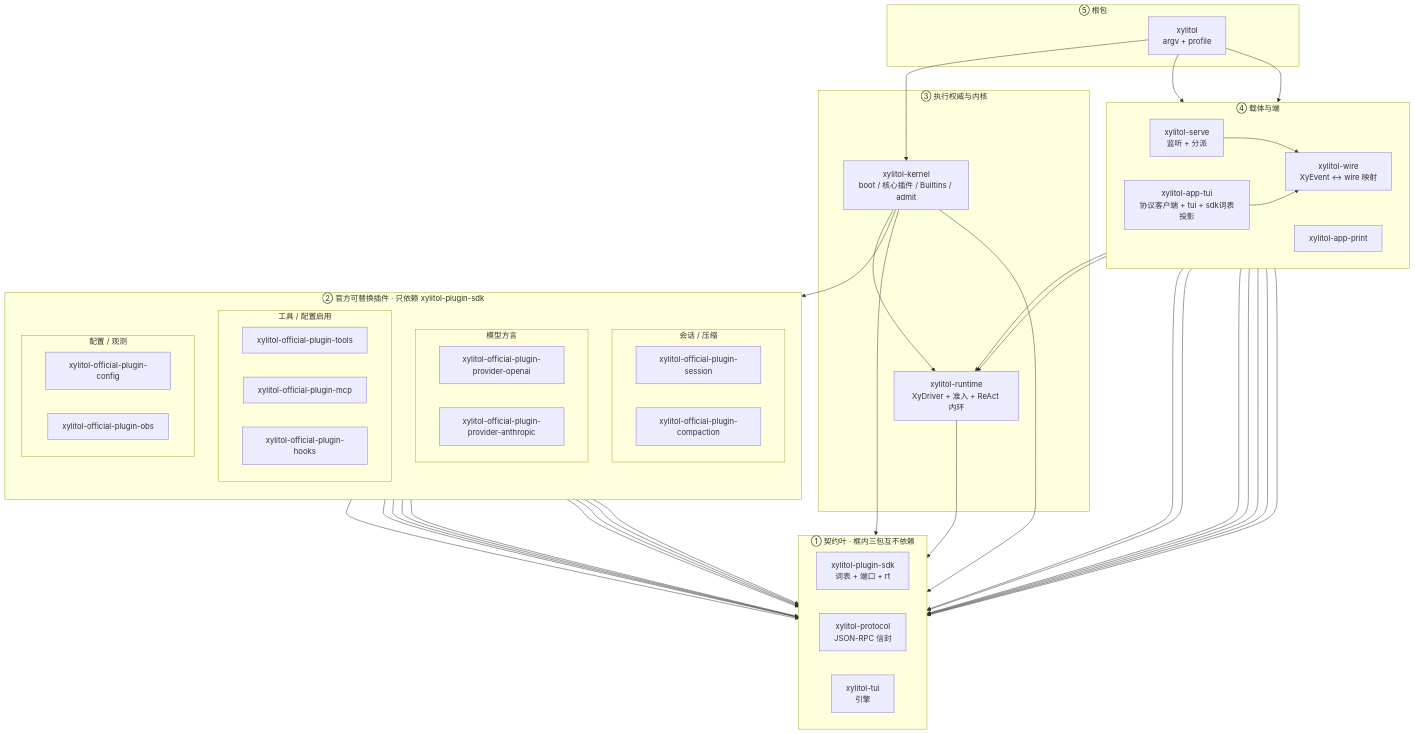
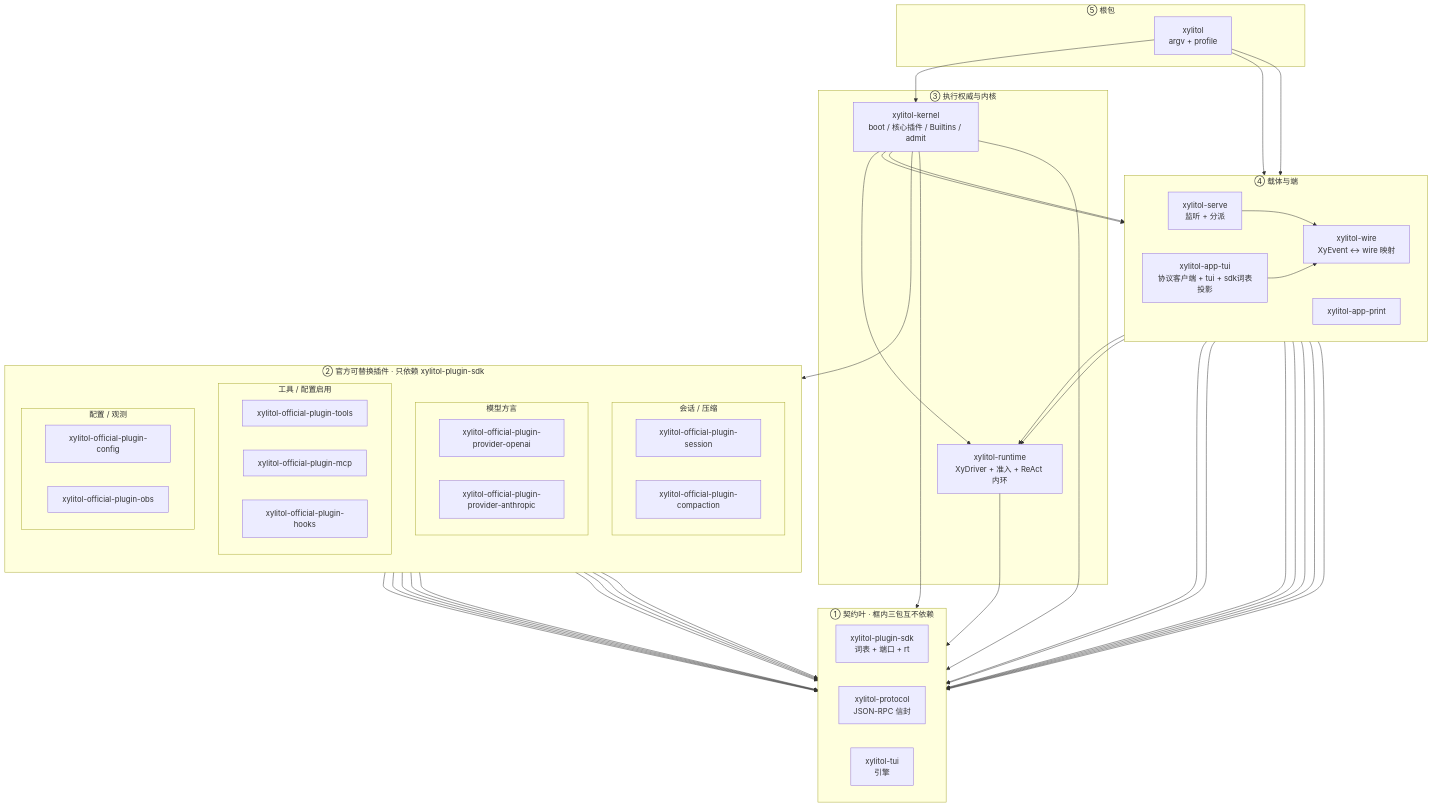
Before and after one commit to StrayDragon/xylitol: the diagram in src/AGENTS.md, drawn with Mermaid. The commit also changed 17 other files, not shown here.

````diff
--- a/src/AGENTS.md
+++ b/src/AGENTS.md
@@ -21,80 +21,82 @@
 ```mermaid
 flowchart TB
   subgraph contracts["① 契约叶 · 框内三包互不依赖"]
     direction LR
     xylitol_plugin_sdk["xylitol-plugin-sdk<br/>词表 + 端口 + rt"]
     xylitol_protocol["xylitol-protocol<br/>JSON-RPC 信封"]
     xylitol_tui["xylitol-tui<br/>引擎"]
   end
 
   subgraph plugins["② 官方可替换插件 · 只依赖 xylitol-plugin-sdk"]
     direction TB
     subgraph plugins_loop["会话 / 压缩"]
       direction LR
       xylitol_official_plugin_session["xylitol-official-plugin-session"]
       xylitol_official_plugin_compaction["xylitol-official-plugin-compaction"]
     end
     subgraph plugins_model["模型方言"]
       direction LR
       xylitol_official_plugin_provider_openai["xylitol-official-plugin-provider-openai"]
       xylitol_official_plugin_provider_anthropic["xylitol-official-plugin-provider-anthropic"]
     end
     subgraph plugins_ext["工具 / 配置启用"]
       direction LR
       xylitol_official_plugin_tools["xylitol-official-plugin-tools"]
       xylitol_official_plugin_mcp["xylitol-official-plugin-mcp"]
       xylitol_official_plugin_hooks["xylitol-official-plugin-hooks"]
     end
     subgraph plugins_host["配置 / 观测"]
       direction LR
       xylitol_official_plugin_config["xylitol-official-plugin-config"]
       xylitol_official_plugin_obs["xylitol-official-plugin-obs"]
     end
   end
 
   subgraph exec["③ 执行权威与内核"]
     xylitol_runtime["xylitol-runtime<br/>XyDriver + 准入 + ReAct 内环"]
     xylitol_kernel["xylitol-kernel<br/>boot / 核心插件 / Builtins / admit"]
   end
 
   subgraph surfaces["④ 载体与端"]
     direction LR
     xylitol_wire["xylitol-wire<br/>XyEvent ↔ wire 映射"]
     xylitol_serve["xylitol-serve<br/>监听 + 分派"]
     xylitol_app_print["xylitol-app-print"]
     xylitol_app_tui["xylitol-app-tui<br/>协议客户端 + tui + sdk词表投影"]
   end
 
   subgraph root["⑤ 根包"]
     xylitol["xylitol<br/>argv + profile"]
   end
 
   xylitol_official_plugin_session --> xylitol_plugin_sdk
   xylitol_official_plugin_compaction --> xylitol_plugin_sdk
   xylitol_official_plugin_provider_openai --> xylitol_plugin_sdk
   xylitol_official_plugin_provider_anthropic --> xylitol_plugin_sdk
   xylitol_official_plugin_tools --> xylitol_plugin_sdk
   xylitol_official_plugin_mcp --> xylitol_plugin_sdk
   xylitol_official_plugin_hooks --> xylitol_plugin_sdk
   xylitol_official_plugin_config --> xylitol_plugin_sdk
   xylitol_official_plugin_obs --> xylitol_plugin_sdk
   xylitol_runtime --> xylitol_plugin_sdk
   xylitol_kernel --> xylitol_plugin_sdk
   xylitol_kernel --> xylitol_runtime
   xylitol_kernel --> xylitol_protocol
+  xylitol_kernel --> xylitol_serve
+  xylitol_kernel --> xylitol_app_print
   xylitol_kernel --> plugins
   xylitol_serve --> xylitol_runtime
   xylitol_serve --> xylitol_protocol
   xylitol_serve --> xylitol_wire
   xylitol_serve --> xylitol_plugin_sdk
   xylitol_wire --> xylitol_protocol
   xylitol_wire --> xylitol_plugin_sdk
   xylitol_app_print --> xylitol_runtime
   xylitol_app_tui --> xylitol_protocol
   xylitol_app_tui --> xylitol_wire
   xylitol_app_tui --> xylitol_tui
   xylitol_app_tui --> xylitol_plugin_sdk
   xylitol --> xylitol_kernel
   xylitol --> xylitol_app_print
   xylitol --> xylitol_app_tui
 ```
````
